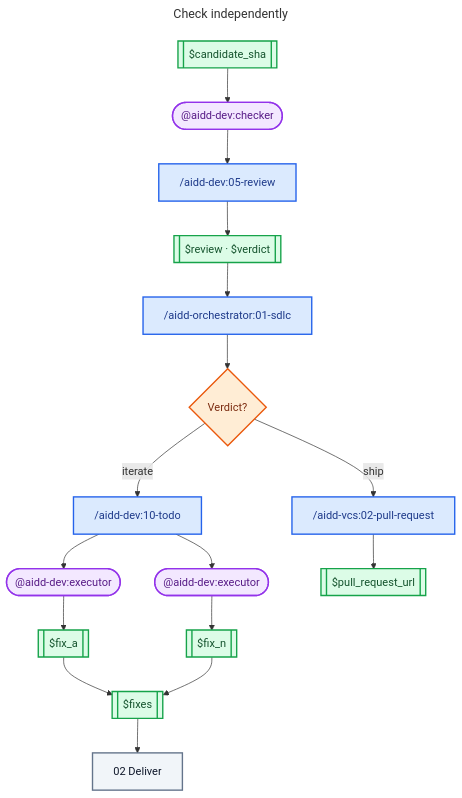
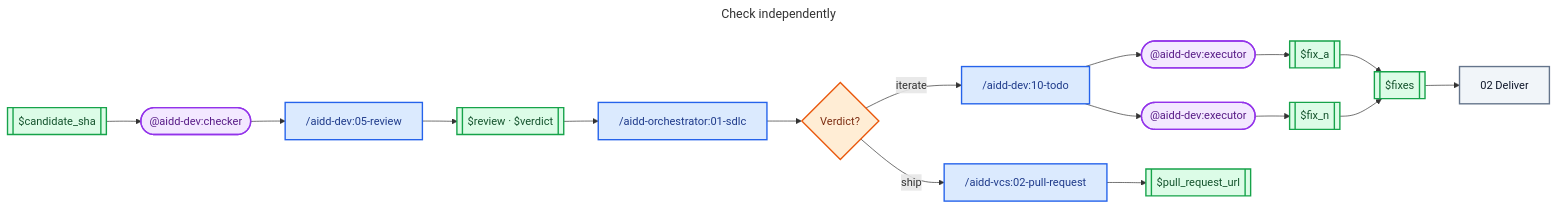
Before and after one commit to ai-driven-dev/aidd-framework: the diagram in plugins/aidd-orchestrator/skills/01-sdlc/references/03-check.md, drawn with Mermaid. The commit also changed 2 other files, not shown here.

Commit message:
refactor(orchestrator): orient SDLC flows left to right

````diff
--- a/plugins/aidd-orchestrator/skills/01-sdlc/references/03-check.md
+++ b/plugins/aidd-orchestrator/skills/01-sdlc/references/03-check.md
@@ -5,49 +5,49 @@
 ```mermaid
 ---
 title: Check independently
 ---
-flowchart TB
+flowchart LR
   CandidateSha[["$candidate_sha"]]
   Checker(["@aidd-dev:checker"])
   Review["/aidd-dev:05-review"]
   ReviewArtifact[["$review · $verdict"]]
   Sdlc["/aidd-orchestrator:01-sdlc"]
   Verdict{"Verdict?"}
   Todo["/aidd-dev:10-todo"]
   ExecutorFirst(["@aidd-dev:executor"])
   ExecutorLast(["@aidd-dev:executor"])
   FixFirst[["$fix_a"]]
   FixLast[["$fix_n"]]
   Fixes[["$fixes"]]
   Deliver["02 Deliver"]
   PullRequest["/aidd-vcs:02-pull-request"]
   PullRequestUrl[["$pull_request_url"]]
 
   CandidateSha --> Checker
   Checker --> Review
   Review --> ReviewArtifact
   ReviewArtifact --> Sdlc
   Sdlc --> Verdict
   Verdict -- "iterate" --> Todo
   Todo --> ExecutorFirst
   Todo --> ExecutorLast
   ExecutorFirst --> FixFirst
   ExecutorLast --> FixLast
   FixFirst --> Fixes
   FixLast --> Fixes
   Fixes --> Deliver
   Verdict -- "ship" --> PullRequest
   PullRequest --> PullRequestUrl
 
   classDef skill fill:#DBEAFE,stroke:#2563EB,color:#1E3A8A,stroke-width:2px
   classDef agent fill:#F3E8FF,stroke:#9333EA,color:#581C87,stroke-width:2px
   classDef artifact fill:#DCFCE7,stroke:#16A34A,color:#14532D,stroke-width:2px
   classDef decision fill:#FFEDD5,stroke:#EA580C,color:#7C2D12,stroke-width:2px
   classDef zone fill:#F1F5F9,stroke:#64748B,color:#0F172A,stroke-width:2px
 
   class Review,Sdlc,Todo,PullRequest skill
   class Checker,ExecutorFirst,ExecutorLast agent
   class CandidateSha,ReviewArtifact,FixFirst,FixLast,Fixes,PullRequestUrl artifact
   class Verdict decision
   class Deliver zone
 ```
````
